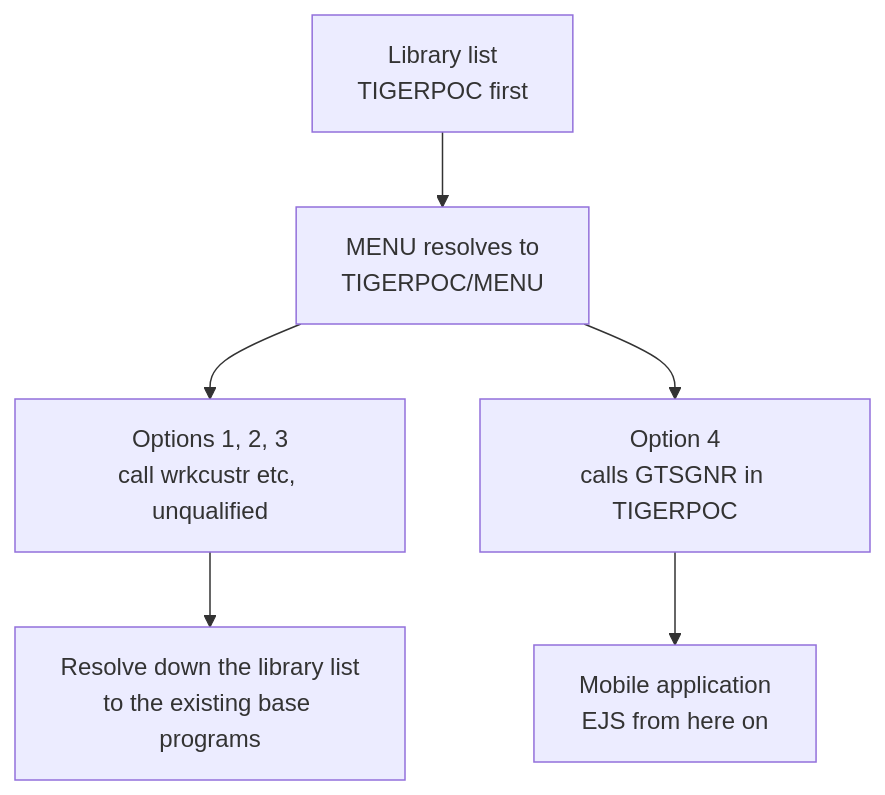
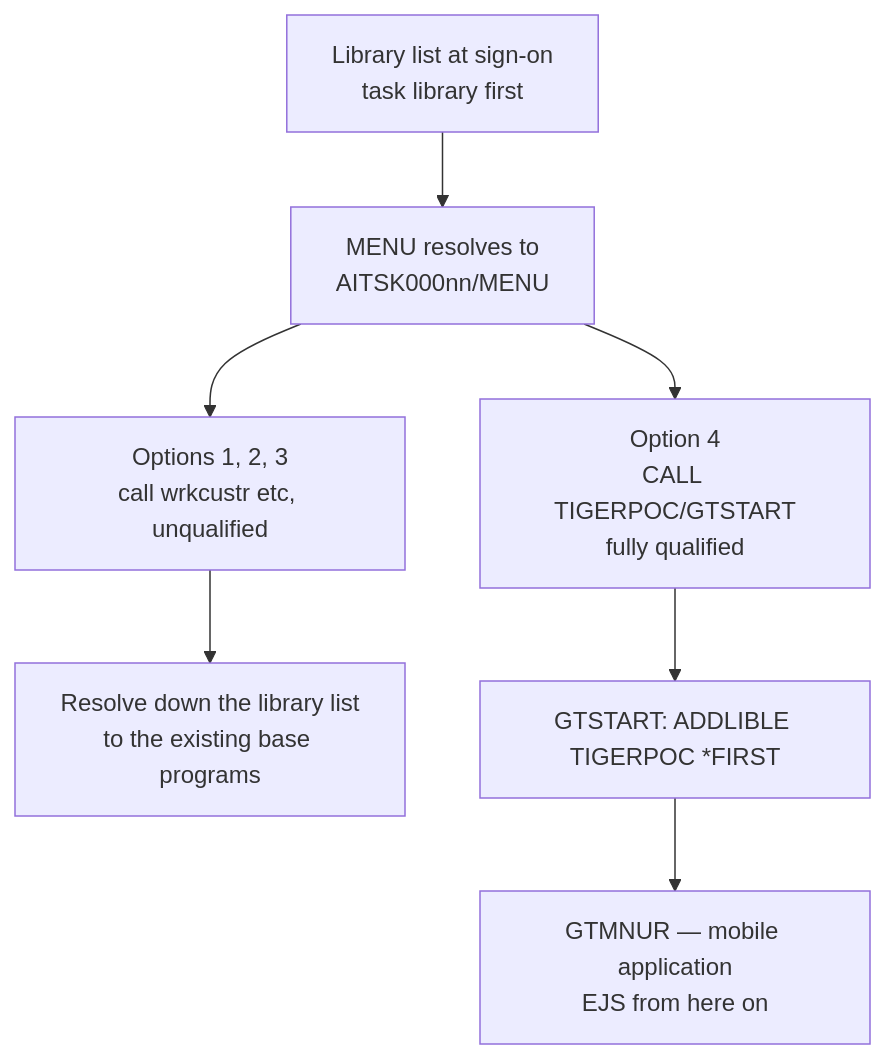
Before and after one commit to ProfoundLogic/ibmi-agentic: diagram 15 of 19 in gtwms/docs/GT-WAREHOUSE-POC.md, drawn with Mermaid. The commit also changed other lines of this file and 29 other files, not shown here.

````diff
--- a/gtwms/docs/GT-WAREHOUSE-POC.md
+++ b/gtwms/docs/GT-WAREHOUSE-POC.md
@@ -1205,8 +1208,9 @@
 ```mermaid
 flowchart TD
-    A["Library list<br/>TIGERPOC first"] --> B["MENU resolves to<br/>TIGERPOC/MENU"]
+    A["Library list at sign-on<br/>task library first"] --> B["MENU resolves to<br/>AITSK000nn/MENU"]
     B --> C["Options 1, 2, 3<br/>call wrkcustr etc, unqualified"]
     C --> D["Resolve down the library list<br/>to the existing base programs"]
-    B --> E["Option 4<br/>calls GTSGNR in TIGERPOC"]
-    E --> F["Mobile application<br/>EJS from here on"]
+    B --> E["Option 4<br/>CALL TIGERPOC/GTSTART<br/>fully qualified"]
+    E --> G["GTSTART: ADDLIBLE TIGERPOC *FIRST"]
+    G --> F["GTMNUR — mobile application<br/>EJS from here on"]
 ```
````
